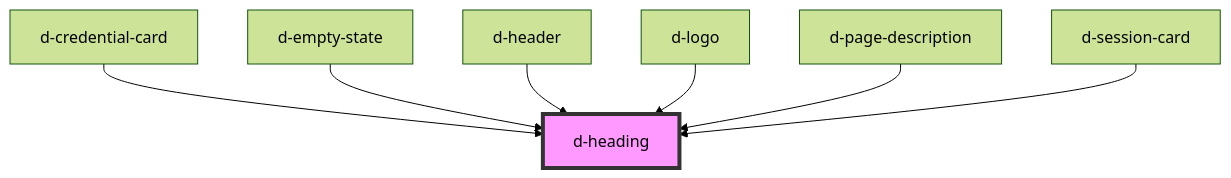
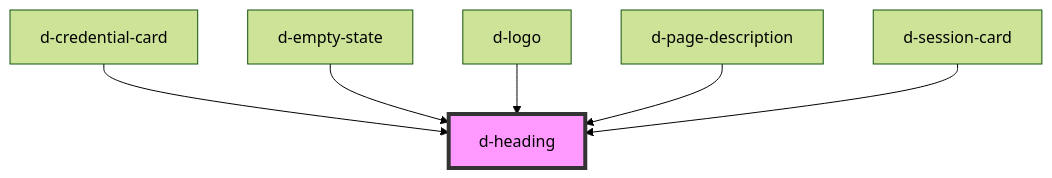
One commit to ForkbombEu/didroom-components changed the diagram in src/components/heading/readme.md. Above: the diagram before and after it, drawn with Mermaid (forest theme). The commit also changed other lines of this file and 3 other files, not shown here.

````diff
--- a/src/components/heading/readme.md
+++ b/src/components/heading/readme.md
@@ -28,10 +27,9 @@
 ```mermaid
 graph TD;
   d-credential-card --> d-heading
   d-empty-state --> d-heading
-  d-header --> d-heading
   d-logo --> d-heading
   d-page-description --> d-heading
   d-session-card --> d-heading
   style d-heading fill:#f9f,stroke:#333,stroke-width:4px
 ```
````
